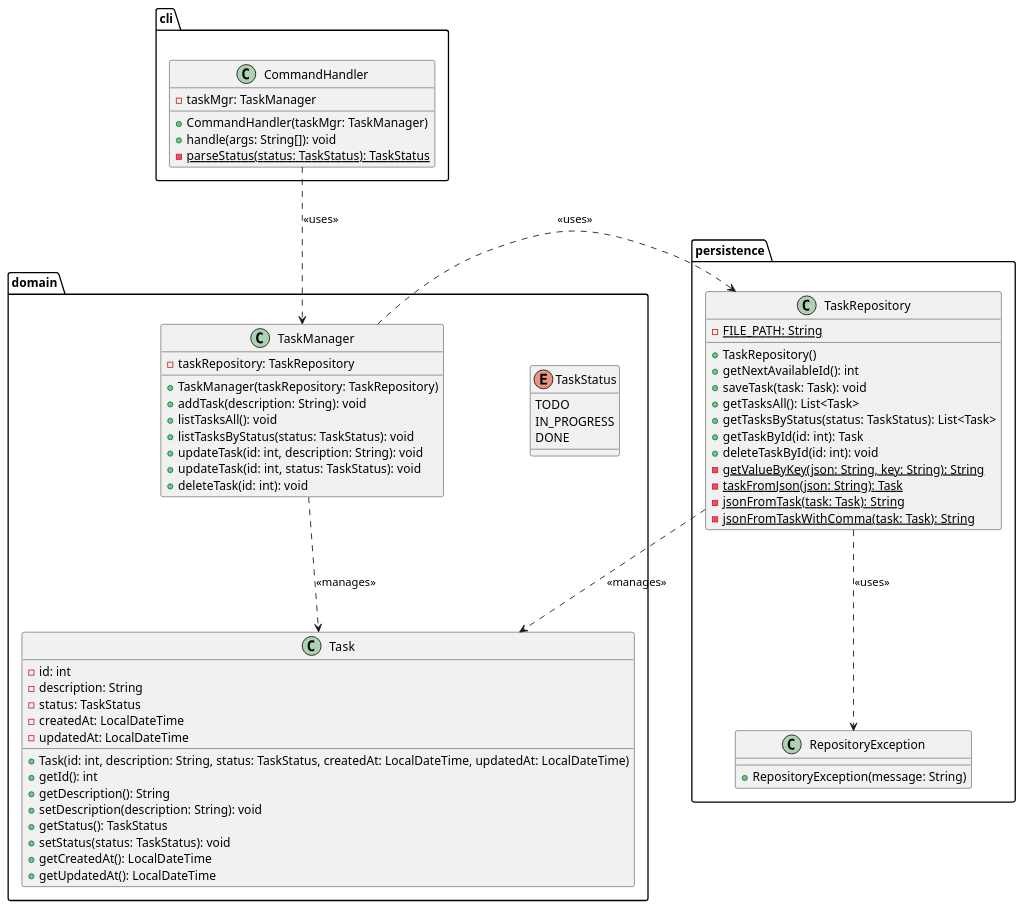
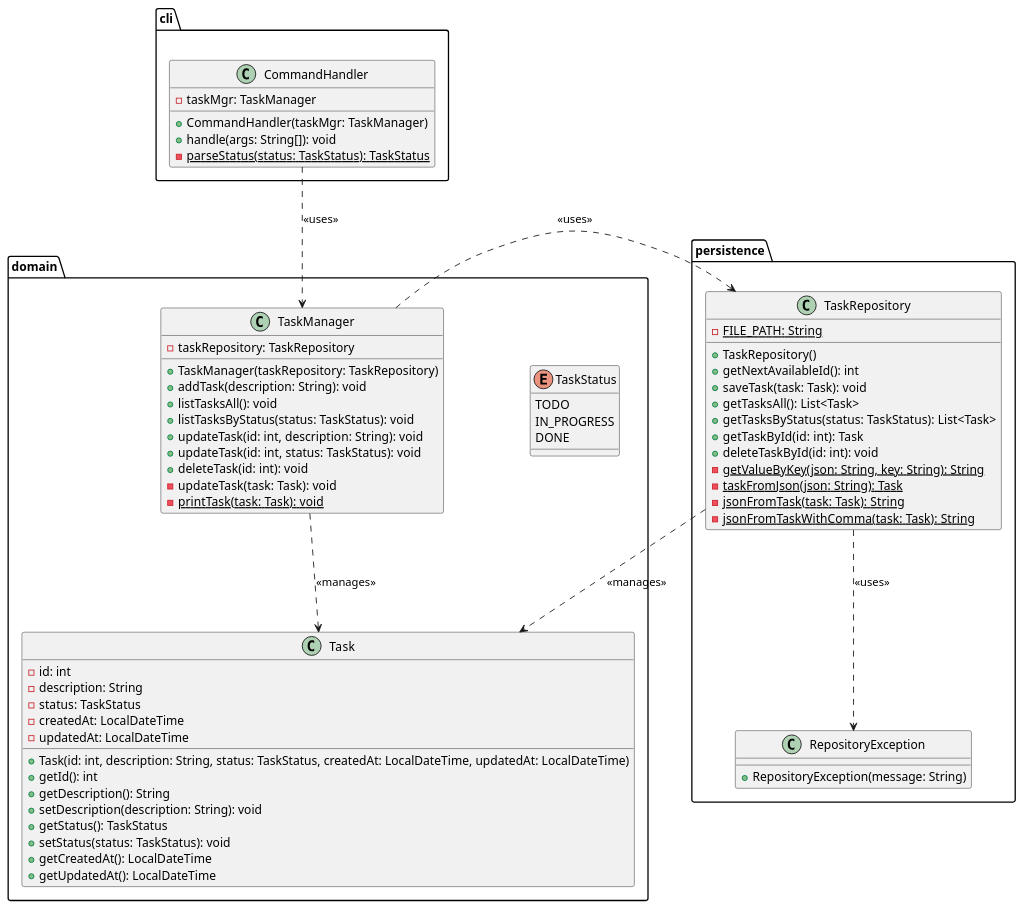
The diagram in uml/uml.puml (mmistika/task-cli), drawn with PlantUML before and after one commit. The commit also changed 1 other file, not shown here.

Commit message:
docs: add helper methods to the TaskManager

```diff
--- a/uml/uml.puml
+++ b/uml/uml.puml
@@ -1,77 +1,79 @@
 @startuml
 
 skinparam ranksep 100
 skinparam nodesep 100
 
 package "cli" {
     class CommandHandler {
         - taskMgr: TaskManager
         + CommandHandler(taskMgr: TaskManager)
         + handle(args: String[]): void
         - {static} parseStatus(status: TaskStatus): TaskStatus
     }
 }
 
 package "domain" {
     enum TaskStatus {
         TODO
         IN_PROGRESS
         DONE
     }
 
     class Task {
         - id: int
         - description: String
         - status: TaskStatus
         - createdAt: LocalDateTime
         - updatedAt: LocalDateTime
         + Task(id: int, description: String, status: TaskStatus, createdAt: LocalDateTime, updatedAt: LocalDateTime)
         + getId(): int
         + getDescription(): String
         + setDescription(description: String): void
         + getStatus(): TaskStatus
         + setStatus(status: TaskStatus): void
         + getCreatedAt(): LocalDateTime
         + getUpdatedAt(): LocalDateTime
     }
 
     class TaskManager {
         - taskRepository: TaskRepository
         + TaskManager(taskRepository: TaskRepository)
         + addTask(description: String): void
         + listTasksAll(): void
         + listTasksByStatus(status: TaskStatus): void
         + updateTask(id: int, description: String): void
         + updateTask(id: int, status: TaskStatus): void
         + deleteTask(id: int): void
+        - updateTask(task: Task): void
+        - {static} printTask(task: Task): void
     }
 }
 
 package "persistence" {
     class TaskRepository {
         - {static} FILE_PATH: String
         + TaskRepository()
         + getNextAvailableId(): int
         + saveTask(task: Task): void
         + getTasksAll(): List<Task>
         + getTasksByStatus(status: TaskStatus): List<Task>
         + getTaskById(id: int): Task
         + deleteTaskById(id: int): void
         - {static} getValueByKey(json: String, key: String): String
         - {static} taskFromJson(json: String): Task
         - {static} jsonFromTask(task: Task): String
         - {static} jsonFromTaskWithComma(task: Task): String
     }
 
     class RepositoryException {
         + RepositoryException(message: String)
     }
 }
 
 CommandHandler ..> TaskManager : <<uses>>
 TaskManager ..> Task : <<manages>>
 TaskManager ..> TaskRepository : <<uses>>
 TaskRepository ..> Task : <<manages>>
 TaskRepository ..> RepositoryException: <<uses>>
 
 @enduml
```
